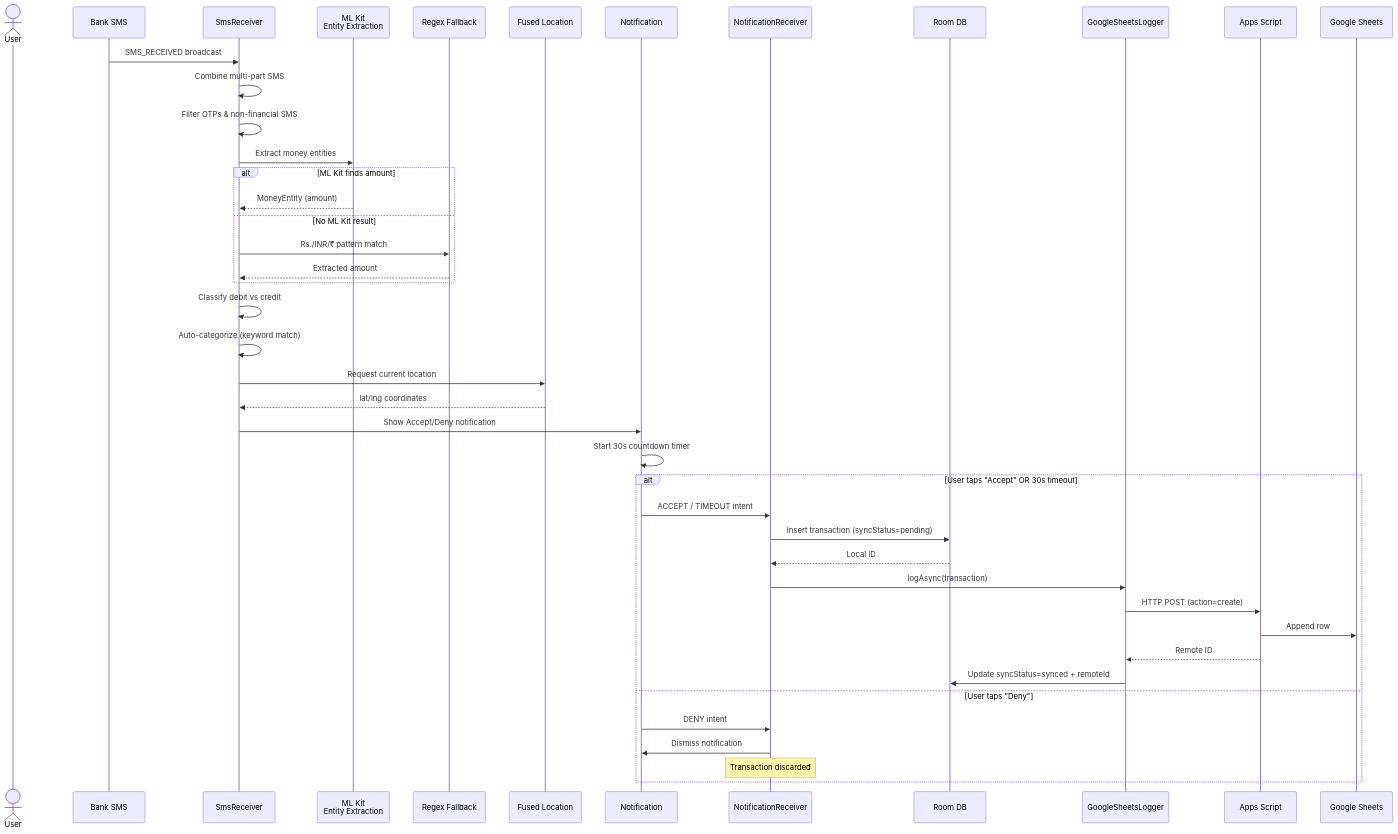
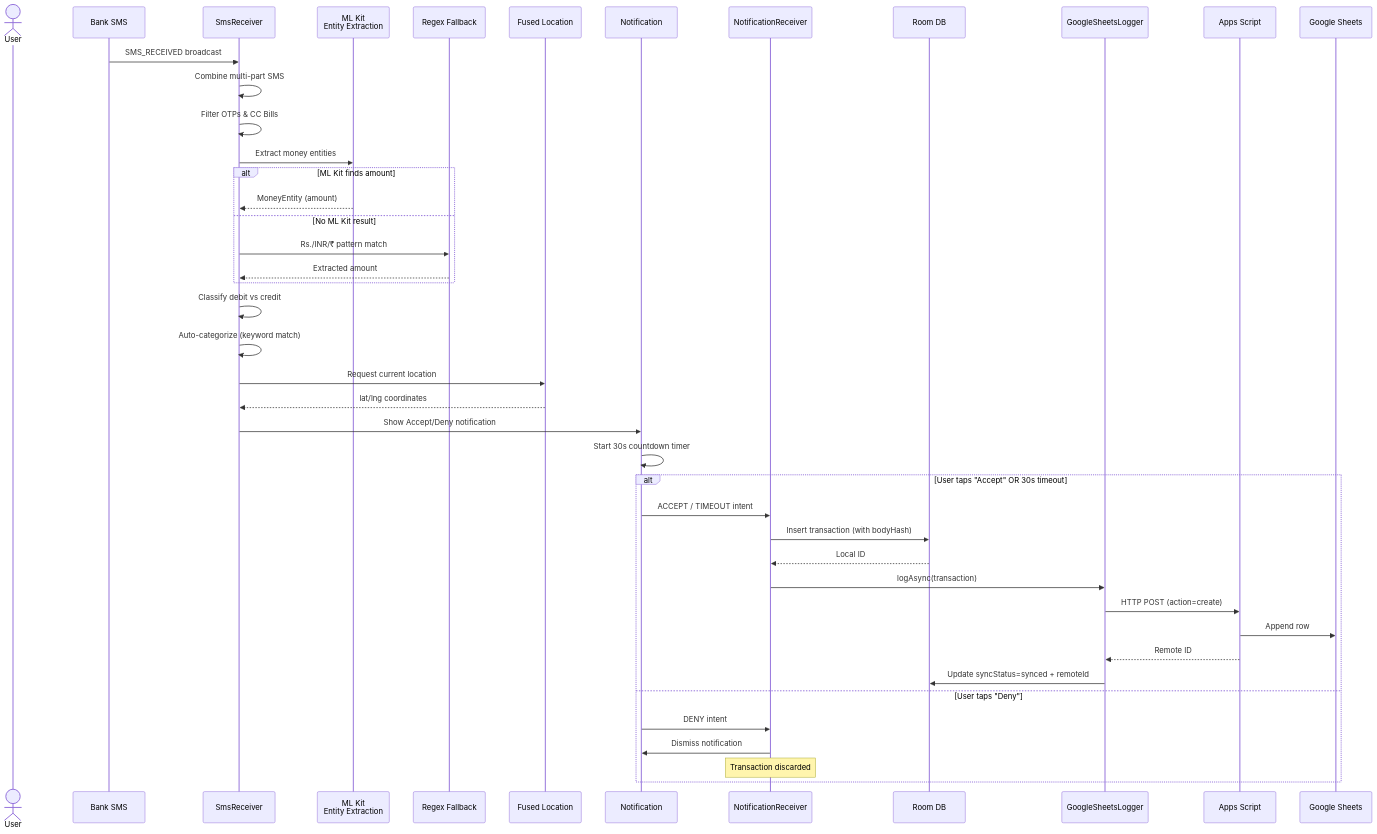
One commit to RahulGorai0206/expence-tracker changed the second of 4 diagrams in README.md. Above: the diagram before and after it, drawn with Mermaid. The commit also changed other lines of this file, not shown here.

````diff
--- a/README.md
+++ b/README.md
@@ -147,50 +147,50 @@
 ```mermaid
 sequenceDiagram
     actor User
     participant SMS as Bank SMS
     participant Receiver as SmsReceiver
     participant MLKit as ML Kit<br/>Entity Extraction
     participant Regex as Regex Fallback
     participant GPS as Fused Location
     participant Notif as Notification
     participant NReceiver as NotificationReceiver
     participant Room as Room DB
     participant Logger as GoogleSheetsLogger
     participant Script as Apps Script
     participant Sheet as Google Sheets
 
     SMS->>Receiver: SMS_RECEIVED broadcast
     Receiver->>Receiver: Combine multi-part SMS
-    Receiver->>Receiver: Filter OTPs & non-financial SMS
+    Receiver->>Receiver: Filter OTPs & CC Bills
 
     Receiver->>MLKit: Extract money entities
     alt ML Kit finds amount
         MLKit-->>Receiver: MoneyEntity (amount)
     else No ML Kit result
         Receiver->>Regex: Rs./INR/₹ pattern match
         Regex-->>Receiver: Extracted amount
     end
 
     Receiver->>Receiver: Classify debit vs credit
     Receiver->>Receiver: Auto-categorize (keyword match)
     Receiver->>GPS: Request current location
     GPS-->>Receiver: lat/lng coordinates
 
     Receiver->>Notif: Show Accept/Deny notification
     Notif->>Notif: Start 30s countdown timer
 
     alt User taps "Accept" OR 30s timeout
         Notif->>NReceiver: ACCEPT / TIMEOUT intent
-        NReceiver->>Room: Insert transaction (syncStatus=pending)
+        NReceiver->>Room: Insert transaction (with bodyHash)
         Room-->>NReceiver: Local ID
         NReceiver->>Logger: logAsync(transaction)
         Logger->>Script: HTTP POST (action=create)
         Script->>Sheet: Append row
         Script-->>Logger: Remote ID
         Logger->>Room: Update syncStatus=synced + remoteId
     else User taps "Deny"
         Notif->>NReceiver: DENY intent
         NReceiver->>Notif: Dismiss notification
         Note over NReceiver: Transaction discarded
     end
 ```
````
